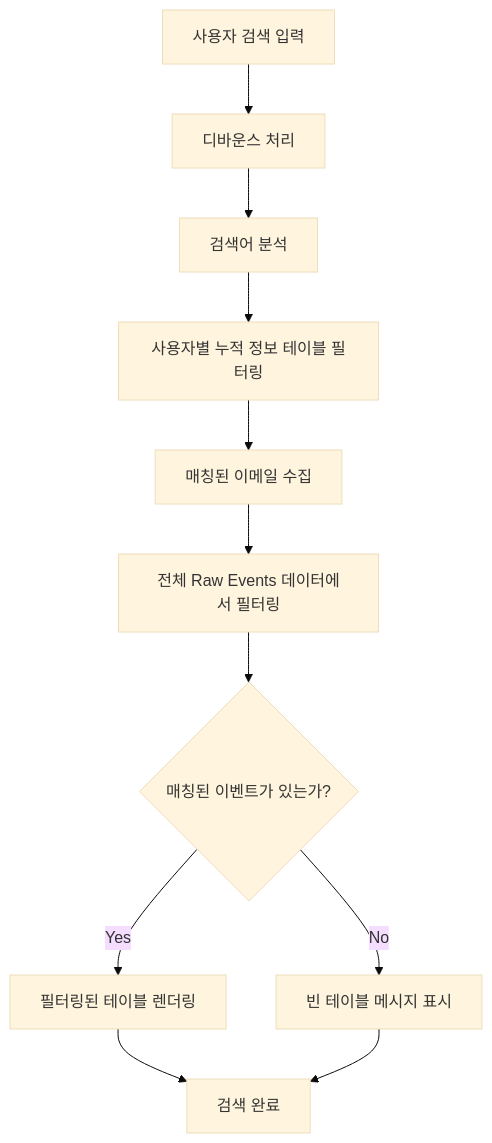
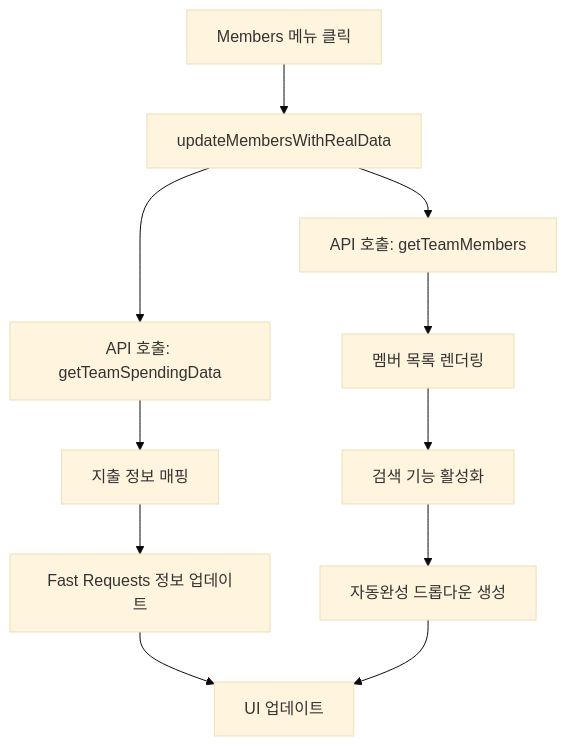
One commit to jeongmin-na/dashboard changed the second of 3 diagrams in technical_documentation.md. Above: the diagram before and after it, drawn with Mermaid (base theme). The commit also changed other lines of this file and 1 other file, not shown here.

Commit message:
문서 업데이트: Overview 섹션 사용량 카드 필터링 수정 내용 반영

````diff
--- a/technical_documentation.md
+++ b/technical_documentation.md
@@ -446,13 +269,13 @@
 ```mermaid
 graph TD
-    A[사용자 검색 입력] --> B[디바운스 처리]
-    B --> C[검색어 분석]
-    C --> D[사용자별 누적 정보 테이블 필터링]
-    D --> E[매칭된 이메일 수집]
-    E --> F[전체 Raw Events 데이터에서 필터링]
-    F --> G{매칭된 이벤트가 있는가?}
-    G -->|Yes| H[필터링된 테이블 렌더링]
-    G -->|No| I[빈 테이블 메시지 표시]
-    H --> J[검색 완료]
+    A[Members 메뉴 클릭] --> B[updateMembersWithRealData]
+    B --> C[API 호출: getTeamMembers]
+    B --> D[API 호출: getTeamSpendingData]
+    C --> E[멤버 목록 렌더링]
+    D --> F[지출 정보 매핑]
+    E --> G[검색 기능 활성화]
+    F --> H[Fast Requests 정보 업데이트]
+    G --> I[자동완성 드롭다운 생성]
+    H --> J[UI 업데이트]
     I --> J
 ```
````
